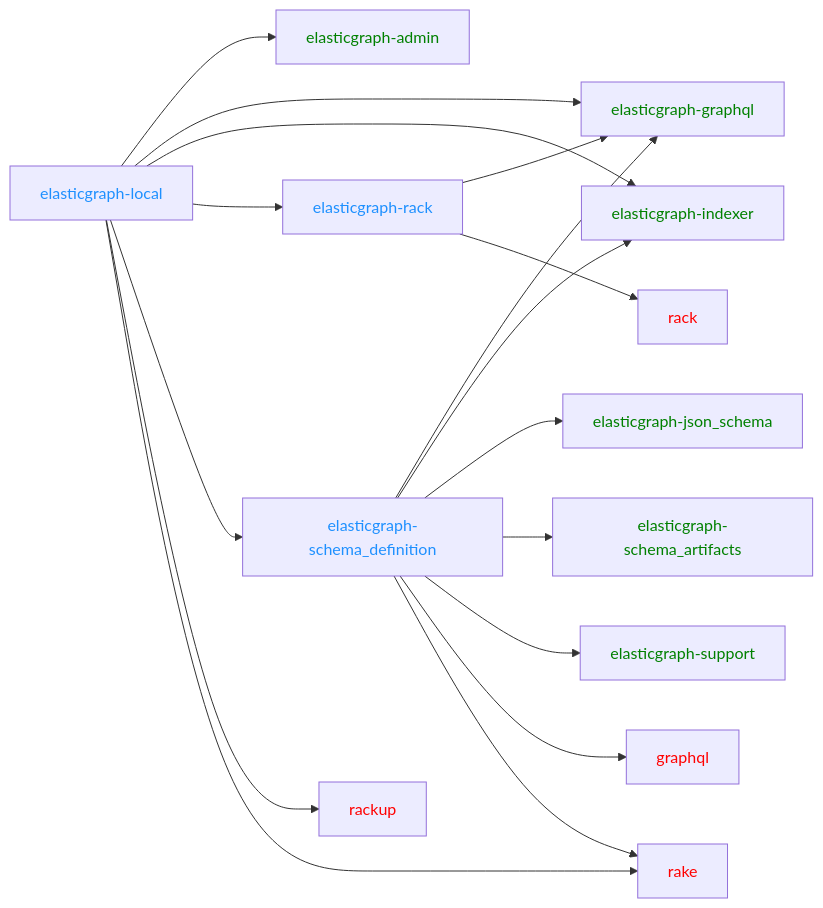
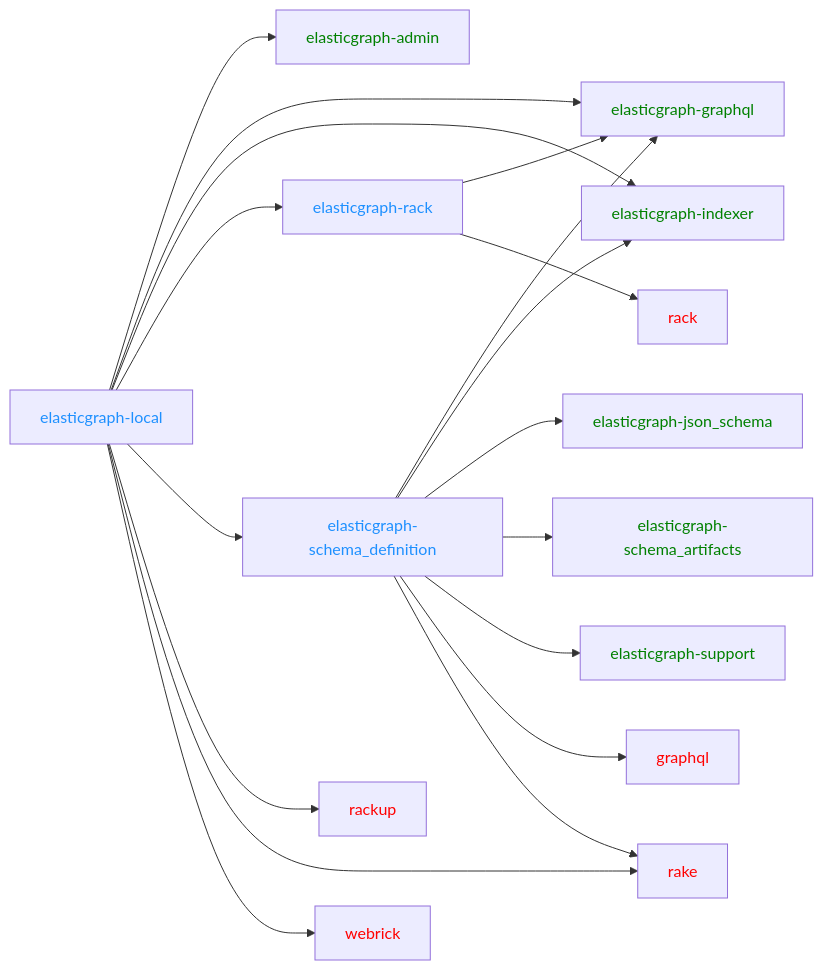
Before and after one commit to step-security-bot/elasticgraph: the fifth of 5 diagrams in README.md, drawn with Mermaid. The commit also changed 2 other files, not shown here.

Commit message:
Deal with rackup 2.2 release.
Rackup 2.2 no longer depends on `webrick`, and our usage of `rackup` fails
if we don't add a dependency on `webrick`. For details on the `rackup`
change, see:

https://github.com/rack/rackup/pull/23

Note that the `rackup` maintainers recommend using `falcon` or `puma`
instead of `webrick`. However, `falcon` and `puma` are heavier weight.
`falcon` has lots of runtime dependencies and `puma` depends on `nio4r`
which has native code. As a result, it's more likely to hit installation
issues for ElasticGraph users than `webrick`. So for now we are sticking
with `webrick` but I'm open to changing this in the future.

````diff
--- a/README.md
+++ b/README.md
@@ -181,23 +181,25 @@
 ```mermaid
 graph LR;
-    elasticgraph-local --> elasticgraph-admin & elasticgraph-graphql & elasticgraph-indexer & elasticgraph-rack & elasticgraph-schema_definition & rackup & rake
+    elasticgraph-local --> elasticgraph-admin & elasticgraph-graphql & elasticgraph-indexer & elasticgraph-rack & elasticgraph-schema_definition & rackup & rake & webrick
     elasticgraph-rack --> elasticgraph-graphql & rack
     elasticgraph-schema_definition --> elasticgraph-graphql & elasticgraph-indexer & elasticgraph-json_schema & elasticgraph-schema_artifacts & elasticgraph-support & graphql & rake
     style elasticgraph-local color: DodgerBlue;
     style elasticgraph-rack color: DodgerBlue;
     style elasticgraph-schema_definition color: DodgerBlue;
     style elasticgraph-admin color: Green;
     style elasticgraph-graphql color: Green;
     style elasticgraph-indexer color: Green;
     style rackup color: Red;
     style rake color: Red;
+    style webrick color: Red;
     style rack color: Red;
     style elasticgraph-json_schema color: Green;
     style elasticgraph-schema_artifacts color: Green;
     style elasticgraph-support color: Green;
     style graphql color: Red;
 click graphql href "https://rubygems.org/gems/graphql"
 click rack href "https://rubygems.org/gems/rack"
 click rackup href "https://rubygems.org/gems/rackup"
 click rake href "https://rubygems.org/gems/rake"
+click webrick href "https://rubygems.org/gems/webrick"
 ```
````
